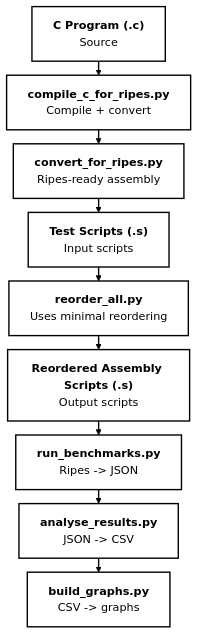
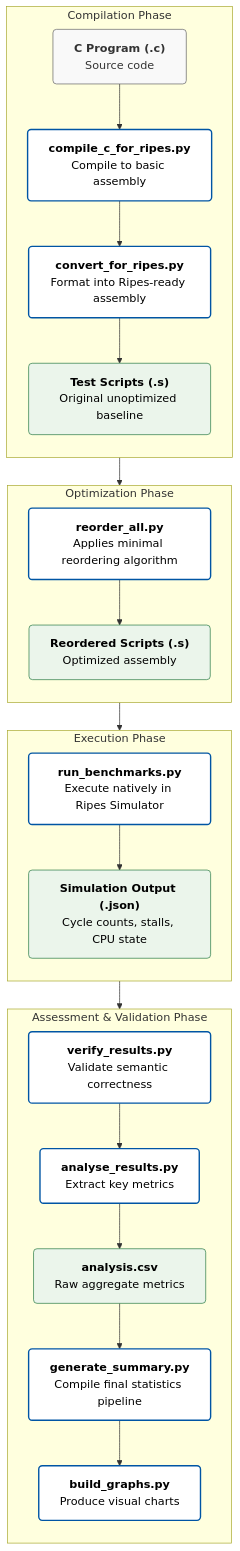
One commit to JVN321/coa-micro-project changed the diagram in flowcharts/pipeline_flowchart.mmd. Above: the diagram before and after it, drawn with Mermaid. The commit also changed 7 other files, not shown here.

Commit message:
feat: added overleaf latex report and fixed graph and added iamges

```diff
--- a/flowcharts/pipeline_flowchart.mmd
+++ b/flowcharts/pipeline_flowchart.mmd
@@ -1,18 +1,37 @@
 ---
 id: 1237266e-aaea-4bba-9128-99db7a69cad4
 ---
-%%{init: {"flowchart": {"nodeSpacing": 20, "rankSpacing": 20, "curve": "linear"}}}%%
+%%{init: {"flowchart": {"nodeSpacing": 40, "rankSpacing": 40, "curve": "basis", "defaultRenderer": "dagre"}}}%%
 %% Pipeline Flowchart for RISC-V assembly optimizer
 flowchart TD
-  A["<b>C Program (.c)</b><br/>Source"] --> B["<b>compile_c_for_ripes.py</b><br/>Compile + convert"]
-  B --> C["<b>convert_for_ripes.py</b><br/>Ripes-ready assembly"]
-  C --> D["<b>Test Scripts (.s)</b><br/>Input scripts"]
-  D --> E["<b>reorder_all.py</b><br/>Uses minimal reordering"]
-  E --> F["<b>Reordered Assembly Scripts (.s)</b><br/>Output scripts"]
-  F --> G["<b>run_benchmarks.py</b><br/>Ripes -> JSON"]
-  G --> H["<b>analyse_results.py</b><br/>JSON -> CSV"]
-  H --> I["<b>build_graphs.py</b><br/>CSV -> graphs"]
+  classDef source fill:#f9f9f9,stroke:#666666,stroke-width:1px,rx:5,ry:5,color:#333333;
+  classDef script fill:#ffffff,stroke:#0055a4,stroke-width:2px,rx:5,ry:5,color:#000000;
+  classDef data fill:#ebf5eb,stroke:#2a7b45,stroke-width:1px,rx:5,ry:5,color:#000000;
 
-  classDef step fill:#ffffff,stroke:#000000,stroke-width:2px,color:#000000;
-  class A,B,C,D,E,F,G,H,I step
-  linkStyle default stroke:#000000,stroke-width:2px;
+  subgraph Compilation["Compilation Phase"]
+    direction TB
+    A["<b>C Program (.c)</b><br/>Source code"]:::source --> B["<b>compile_c_for_ripes.py</b><br/>Compile to basic assembly"]:::script
+    B --> C["<b>convert_for_ripes.py</b><br/>Format into Ripes-ready assembly"]:::script
+    C --> D["<b>Test Scripts (.s)</b><br/>Original unoptimized baseline"]:::data
+  end
+
+  subgraph Optimization["Optimization Phase"]
+    direction TB
+    D --> E["<b>reorder_all.py</b><br/>Applies minimal reordering algorithm"]:::script
+    E --> F["<b>Reordered Scripts (.s)</b><br/>Optimized assembly"]:::data
+  end
+
+  subgraph Execution["Execution Phase"]
+    direction TB
+    F --> G["<b>run_benchmarks.py</b><br/>Execute natively in Ripes Simulator"]:::script
+    G --> H["<b>Simulation Output (.json)</b><br/>Cycle counts, stalls, CPU state"]:::data
+  end
+
+  subgraph Assessment["Assessment & Validation Phase"]
+    direction TB
+    H --> V["<b>verify_results.py</b><br/>Validate semantic correctness"]:::script
+    V --> I["<b>analyse_results.py</b><br/>Extract key metrics"]:::script
+    I --> J["<b>analysis.csv</b><br/>Raw aggregate metrics"]:::data
+    J --> L["<b>generate_summary.py</b><br/>Compile final statistics pipeline"]:::script
+    L --> K["<b>build_graphs.py</b><br/>Produce visual charts"]:::script
+  end
```
